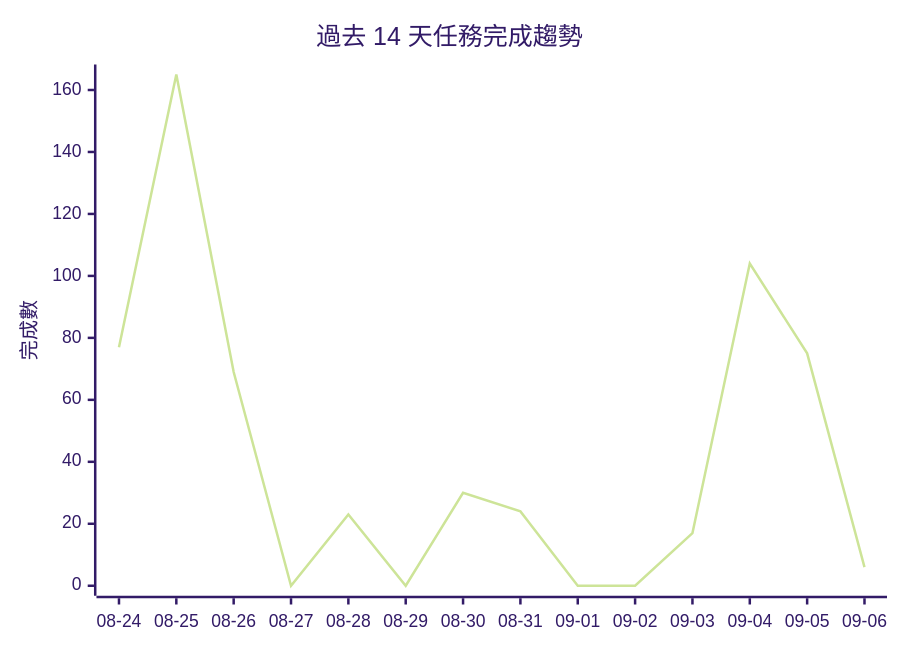
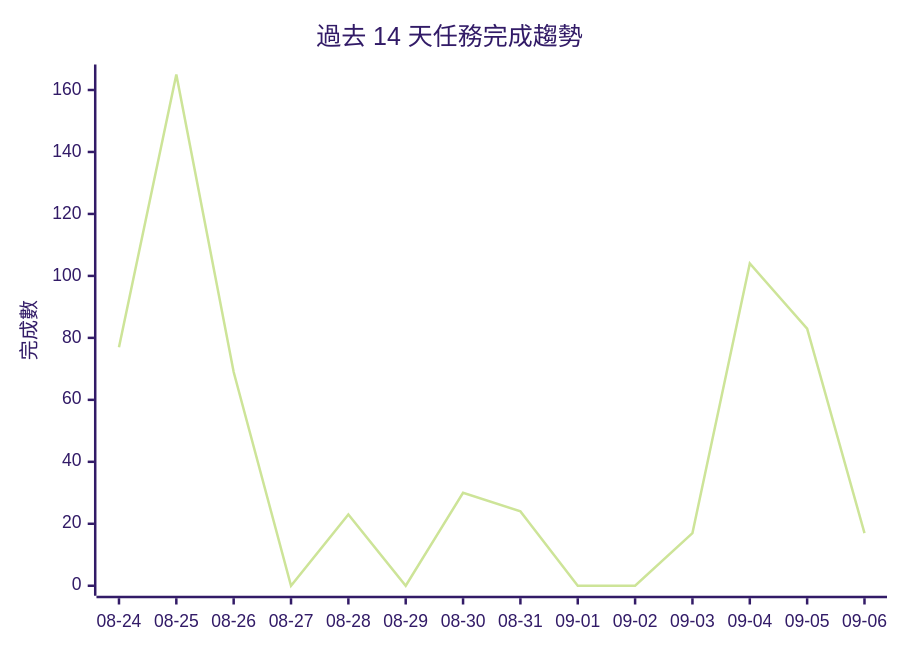
Before and after one commit to gentoobreaking/ai-tasks: the diagram in PROJECTS.md, drawn with Mermaid (forest theme). The commit also changed other lines of this file and 83 other files, not shown here.

````diff
--- a/PROJECTS.md
+++ b/PROJECTS.md
@@ -81,7 +38,7 @@
 ```mermaid
 xychart-beta
     title "過去 14 天任務完成趨勢"
     x-axis ["08-24", "08-25", "08-26", "08-27", "08-28", "08-29", "08-30", "08-31", "09-01", "09-02", "09-03", "09-04", "09-05", "09-06"]
     y-axis "完成數" 0 --> 165
-    line [77, 165, 69, 0, 23, 0, 30, 24, 0, 0, 17, 104, 75, 6]
+    line [77, 165, 69, 0, 23, 0, 30, 24, 0, 0, 17, 104, 83, 17]
 ```
````
